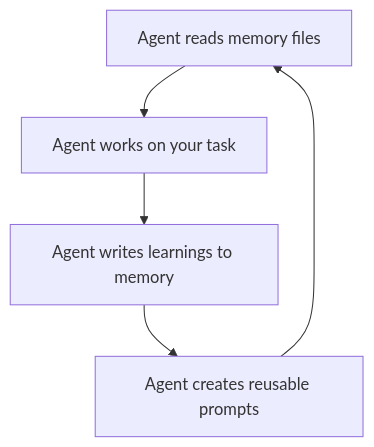
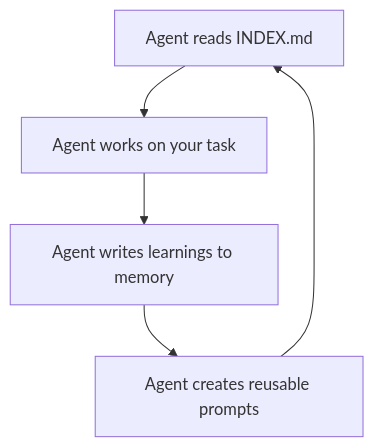
One commit to csakash/drevon changed the second of 2 diagrams in docs/concepts/how-it-works.mdx. Above: the diagram before and after it, drawn with Mermaid. The commit also changed other lines of this file and 14 other files, not shown here.

````diff
--- a/docs/concepts/how-it-works.mdx
+++ b/docs/concepts/how-it-works.mdx
@@ -84,7 +84,7 @@
 ```mermaid
 graph TD
-    A[Agent reads memory files] --> B[Agent works on your task]
+    A[Agent reads INDEX.md] --> B[Agent works on your task]
     B --> C[Agent writes learnings to memory]
     C --> D[Agent creates reusable prompts]
     D --> A
 ```
````
